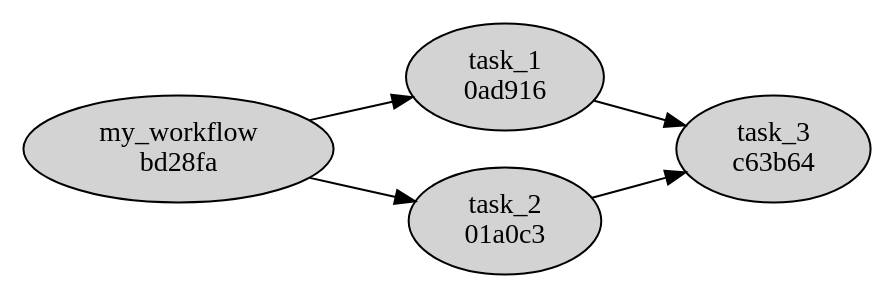
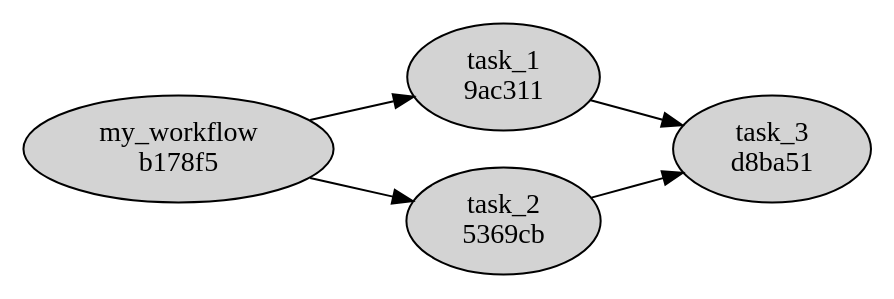
Before and after one commit to masonbsmith2019-dev/latch-bio-dynamic-workflow-engine: the diagram in outputs/static_dag.dot, drawn with Graphviz. The commit also changed 7 other files, not shown here.

```diff
--- a/outputs/static_dag.dot
+++ b/outputs/static_dag.dot
@@ -1,11 +1,11 @@
 digraph G {
 rankdir=LR;
-  "bd28fa45-b6ea-4ce2-9589-a177d74f6f03" [label="my_workflow\nbd28fa", style=filled];
-  "0ad9160d-dcf8-43a0-ba5a-c310ca43ba90" [label="task_1\n0ad916", style=filled];
-  "01a0c3b3-3bbc-4aed-a321-11457cbd0d6a" [label="task_2\n01a0c3", style=filled];
-  "c63b6478-da5b-4235-92e8-e2736af2c28c" [label="task_3\nc63b64", style=filled];
-  "bd28fa45-b6ea-4ce2-9589-a177d74f6f03" -> "01a0c3b3-3bbc-4aed-a321-11457cbd0d6a";
-  "01a0c3b3-3bbc-4aed-a321-11457cbd0d6a" -> "c63b6478-da5b-4235-92e8-e2736af2c28c";
-  "0ad9160d-dcf8-43a0-ba5a-c310ca43ba90" -> "c63b6478-da5b-4235-92e8-e2736af2c28c";
-  "bd28fa45-b6ea-4ce2-9589-a177d74f6f03" -> "0ad9160d-dcf8-43a0-ba5a-c310ca43ba90";
+  "b178f55c-332e-4e2f-92cb-e5ae372a9a4f" [label="my_workflow\nb178f5", style=filled];
+  "9ac311aa-1ffa-4228-a653-d6bd59675dfb" [label="task_1\n9ac311", style=filled];
+  "5369cbe4-32dc-41ca-be9a-b05d926fa548" [label="task_2\n5369cb", style=filled];
+  "d8ba51b3-6006-4165-959f-7bbd6eaceb37" [label="task_3\nd8ba51", style=filled];
+  "5369cbe4-32dc-41ca-be9a-b05d926fa548" -> "d8ba51b3-6006-4165-959f-7bbd6eaceb37";
+  "b178f55c-332e-4e2f-92cb-e5ae372a9a4f" -> "5369cbe4-32dc-41ca-be9a-b05d926fa548";
+  "9ac311aa-1ffa-4228-a653-d6bd59675dfb" -> "d8ba51b3-6006-4165-959f-7bbd6eaceb37";
+  "b178f55c-332e-4e2f-92cb-e5ae372a9a4f" -> "9ac311aa-1ffa-4228-a653-d6bd59675dfb";
 }
```
